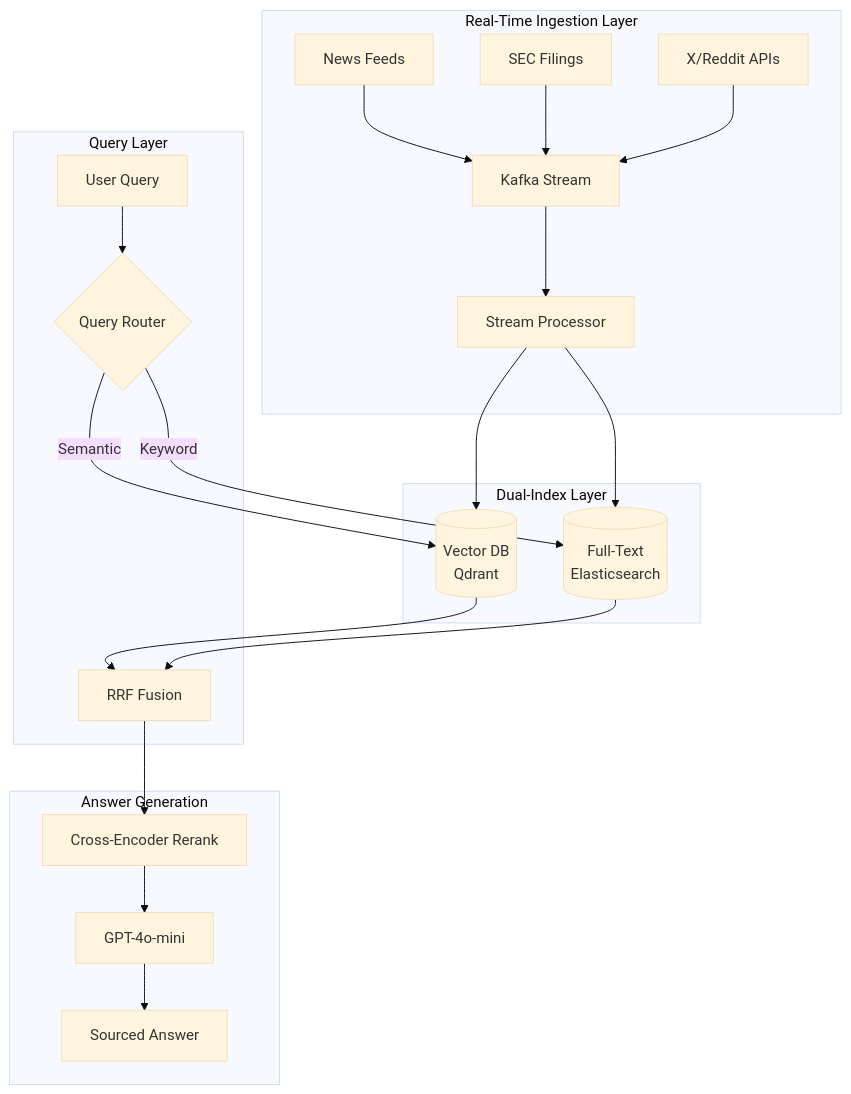
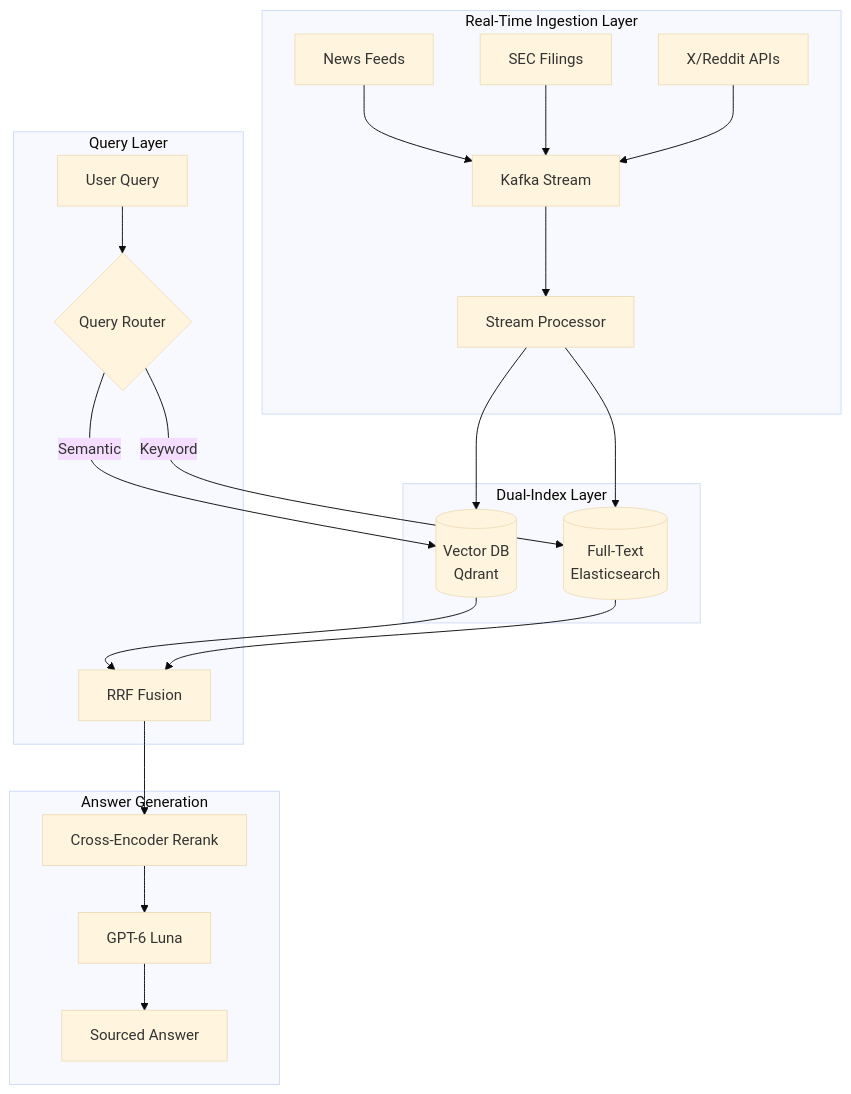
The diagram in 16-case-studies/06-real-time-search.md (ChiHoc/ai-system-design-guide-zh), drawn with Mermaid (base theme) before and after one commit. The commit also changed other lines of this file and 149 other files, not shown here.

````diff
--- a/16-case-studies/06-real-time-search.md
+++ b/16-case-studies/06-real-time-search.md
@@ -23,28 +23,28 @@
 ```mermaid
 flowchart TB
     subgraph Ingestion["Real-Time Ingestion Layer"]
         NEWS[News Feeds] --> KAFKA[Kafka Stream]
         FILINGS[SEC Filings] --> KAFKA
         SOCIAL[X/Reddit APIs] --> KAFKA
         KAFKA --> PROCESSOR[Stream Processor]
     end
 
     subgraph Index["Dual-Index Layer"]
         PROCESSOR --> VECTOR_DB[(Vector DB<br/>Qdrant)]
         PROCESSOR --> SEARCH_IDX[(Full-Text<br/>Elasticsearch)]
     end
 
     subgraph Query["Query Layer"]
         USER[User Query] --> ROUTER{Query Router}
         ROUTER -->|Semantic| VECTOR_DB
         ROUTER -->|Keyword| SEARCH_IDX
         VECTOR_DB --> FUSION[RRF Fusion]
         SEARCH_IDX --> FUSION
     end
 
     subgraph Generation["Answer Generation"]
         FUSION --> RERANK[Cross-Encoder Rerank]
-        RERANK --> LLM[GPT-4o-mini]
+        RERANK --> LLM[GPT-6 Luna]
         LLM --> RESPONSE[Sourced Answer]
     end
 ```
````
